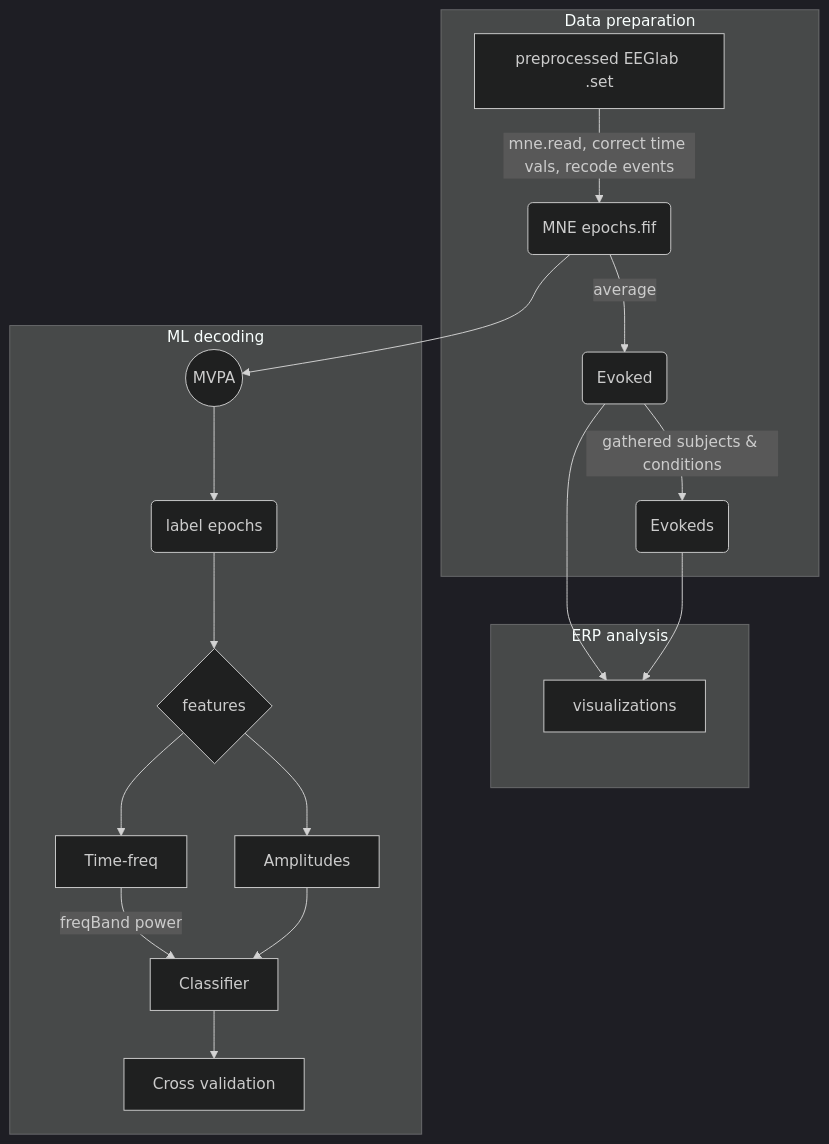
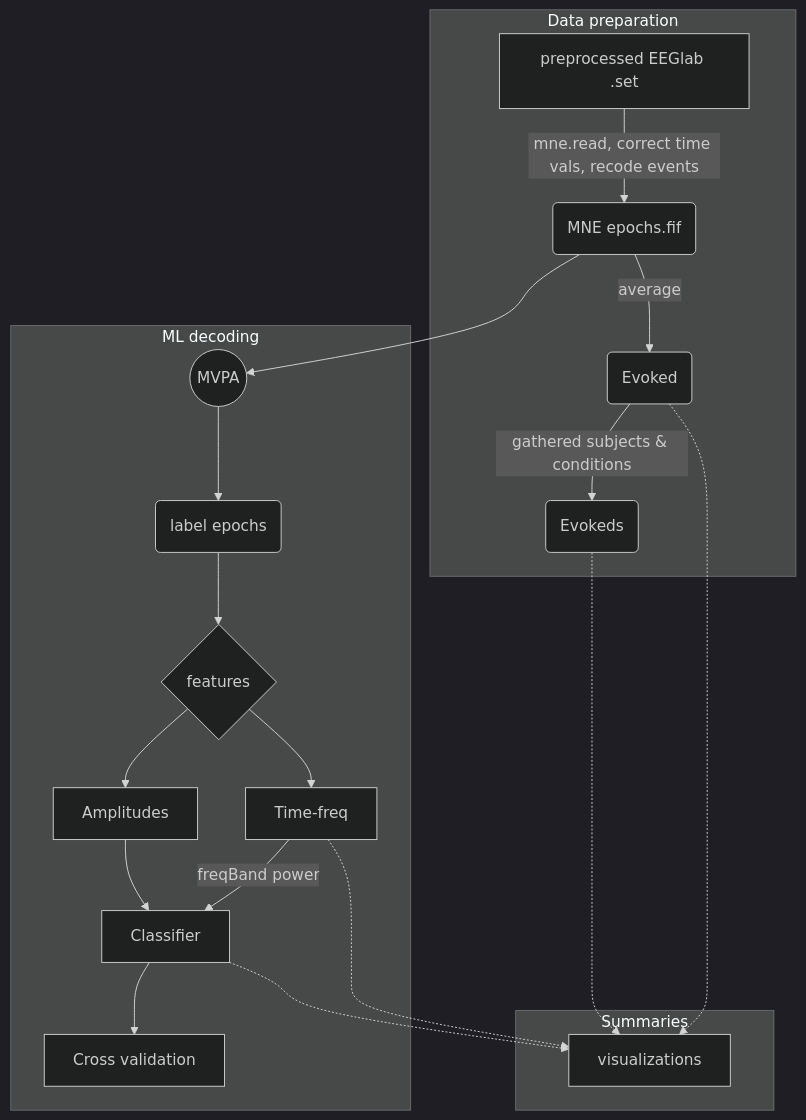
Before and after one commit to Neuroling/SPINCO_SINEEG: the diagram in Projects/SINEEG/DiN/README.md, drawn with Mermaid (dark theme). The commit also changed other lines of this file, not shown here.

````diff
--- a/Projects/SINEEG/DiN/README.md
+++ b/Projects/SINEEG/DiN/README.md
@@ -87,25 +88,27 @@
 ```mermaid
 flowchart TB
     subgraph Data preparation  
     
     A[preprocessed EEGlab .set] -->| mne.read, correct time vals, recode events| B(MNE epochs.fif)
     B --> |average|C(Evoked)
     C -->|gathered subjects & conditions| D(Evokeds)
     end
-    subgraph ERP analysis
-    C --> V[visualizations]
-    D --> V[visualizations]
+    subgraph Summaries
+    C .-> V[visualizations]
+    D .-> V[visualizations]
     end
 
     subgraph ML decoding
     B --> E((MVPA))
     E --> CO(label epochs)
     CO --> FEA{features}
     FEA --> TA[Amplitudes]
     FEA --> TF[Time-freq]
     TF --> |freqBand power|G[Classifier]
+    TF .-> V
+    G .-> V
     TA --> G
     G --> CV[Cross validation]
 
     end
 ```
````
